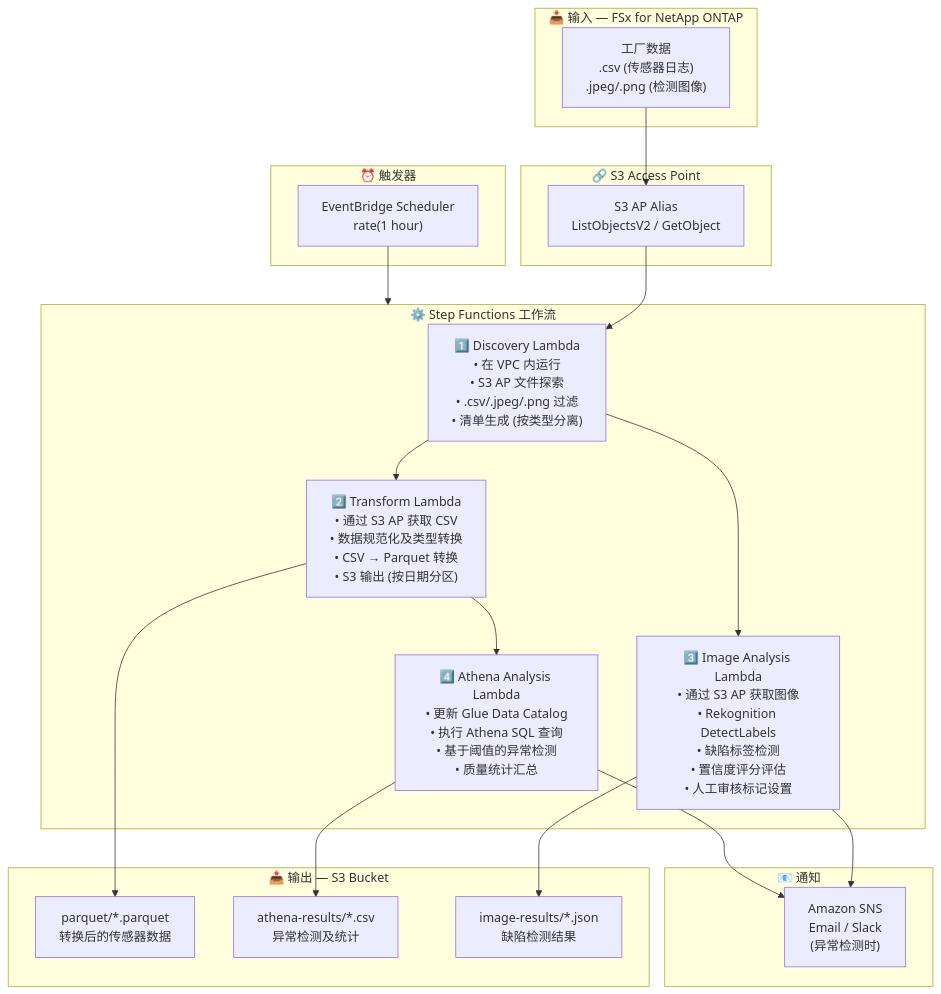
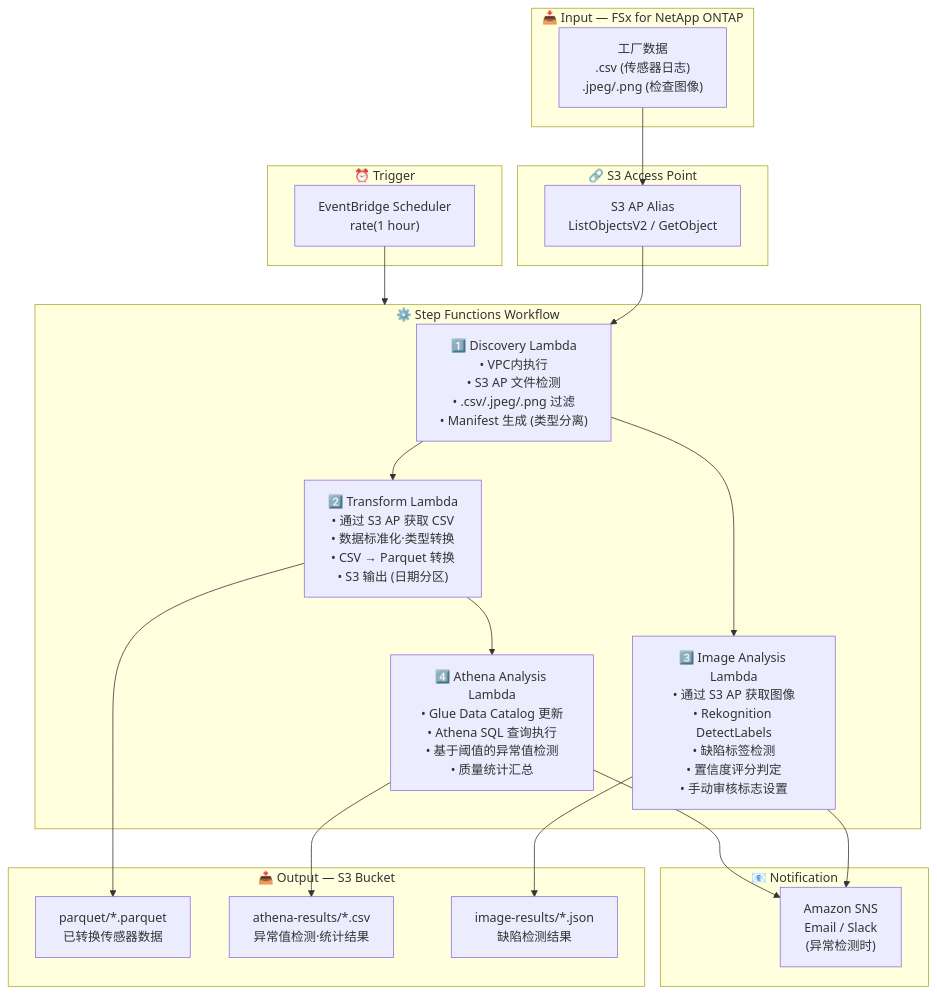
Before and after one commit to Yoshiki0705/FSx-for-ONTAP-S3AccessPoints-Serverless-Patterns: the diagram in manufacturing-analytics/docs/architecture.zh-CN.md, drawn with Mermaid. The commit also changed other lines of this file and 54 other files, not shown here.

````diff
--- a/manufacturing-analytics/docs/architecture.zh-CN.md
+++ b/manufacturing-analytics/docs/architecture.zh-CN.md
@@ -11,43 +13,43 @@
 ```mermaid
 flowchart TB
-    subgraph INPUT["📥 输入 — FSx for NetApp ONTAP"]
-        DATA["工厂数据<br/>.csv (传感器日志)<br/>.jpeg/.png (检测图像)"]
+    subgraph INPUT["📥 Input — FSx for NetApp ONTAP"]
+        DATA["工厂数据<br/>.csv (传感器日志)<br/>.jpeg/.png (检查图像)"]
     end
 
     subgraph S3AP["🔗 S3 Access Point"]
         ALIAS["S3 AP Alias<br/>ListObjectsV2 / GetObject"]
     end
 
-    subgraph TRIGGER["⏰ 触发器"]
+    subgraph TRIGGER["⏰ Trigger"]
         EB["EventBridge Scheduler<br/>rate(1 hour)"]
     end
 
-    subgraph SFN["⚙️ Step Functions 工作流"]
-        DISC["1️⃣ Discovery Lambda<br/>• 在 VPC 内运行<br/>• S3 AP 文件探索<br/>• .csv/.jpeg/.png 过滤<br/>• 清单生成 (按类型分离)"]
-        TR["2️⃣ Transform Lambda<br/>• 通过 S3 AP 获取 CSV<br/>• 数据规范化及类型转换<br/>• CSV → Parquet 转换<br/>• S3 输出 (按日期分区)"]
-        IMG["3️⃣ Image Analysis Lambda<br/>• 通过 S3 AP 获取图像<br/>• Rekognition DetectLabels<br/>• 缺陷标签检测<br/>• 置信度评分评估<br/>• 人工审核标记设置"]
-        ATH["4️⃣ Athena Analysis Lambda<br/>• 更新 Glue Data Catalog<br/>• 执行 Athena SQL 查询<br/>• 基于阈值的异常检测<br/>• 质量统计汇总"]
+    subgraph SFN["⚙️ Step Functions Workflow"]
+        DISC["1️⃣ Discovery Lambda<br/>• VPC内执行<br/>• S3 AP 文件检测<br/>• .csv/.jpeg/.png 过滤<br/>• Manifest 生成 (类型分离)"]
+        TR["2️⃣ Transform Lambda<br/>• 通过 S3 AP 获取 CSV<br/>• 数据标准化·类型转换<br/>• CSV → Parquet 转换<br/>• S3 输出 (日期分区)"]
+        IMG["3️⃣ Image Analysis Lambda<br/>• 通过 S3 AP 获取图像<br/>• Rekognition DetectLabels<br/>• 缺陷标签检测<br/>• 置信度评分判定<br/>• 手动审核标志设置"]
+        ATH["4️⃣ Athena Analysis Lambda<br/>• Glue Data Catalog 更新<br/>• Athena SQL 查询执行<br/>• 基于阈值的异常值检测<br/>• 质量统计汇总"]
     end
 
-    subgraph OUTPUT["📤 输出 — S3 Bucket"]
-        PARQUET["parquet/*.parquet<br/>转换后的传感器数据"]
-        ATHENA["athena-results/*.csv<br/>异常检测及统计"]
+    subgraph OUTPUT["📤 Output — S3 Bucket"]
+        PARQUET["parquet/*.parquet<br/>已转换传感器数据"]
+        ATHENA["athena-results/*.csv<br/>异常值检测·统计结果"]
         IMGOUT["image-results/*.json<br/>缺陷检测结果"]
     end
 
-    subgraph NOTIFY["📧 通知"]
+    subgraph NOTIFY["📧 Notification"]
         SNS["Amazon SNS<br/>Email / Slack<br/>(异常检测时)"]
     end
 
     DATA --> ALIAS
     ALIAS --> DISC
     EB --> SFN
     DISC --> TR
     DISC --> IMG
     TR --> ATH
     TR --> PARQUET
     ATH --> ATHENA
     IMG --> IMGOUT
     IMG --> SNS
     ATH --> SNS
 ```
````
